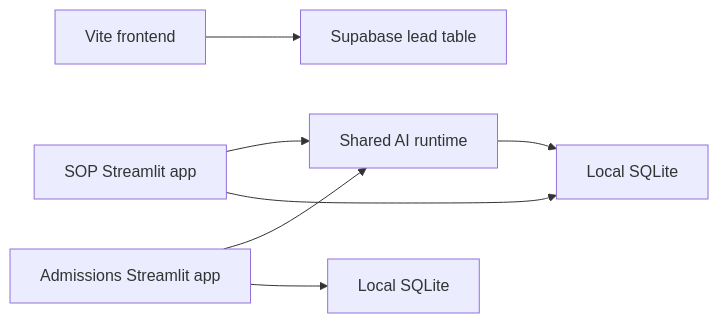
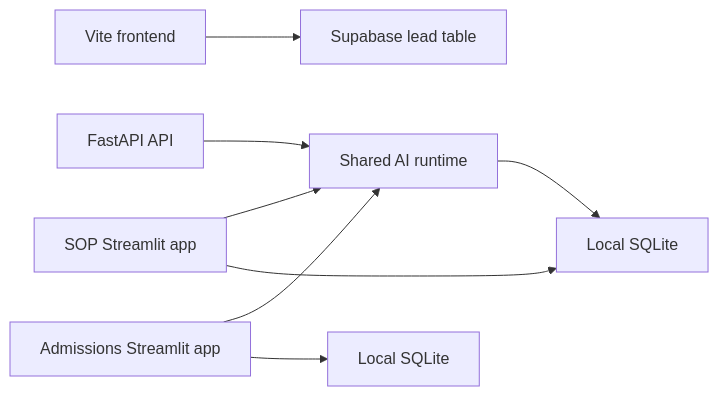
One commit to nitishmalpotra/study_abroad_platform changed the diagram in docs/architecture.md. Above: the diagram before and after it, drawn with Mermaid. The commit also changed other lines of this file and 25 other files, not shown here.

Commit message:
09 Create FastAPI backend app

````diff
--- a/docs/architecture.md
+++ b/docs/architecture.md
@@ -29,9 +30,10 @@
 ```mermaid
 flowchart LR
   A["Vite frontend"] --> B["Supabase lead table"]
+  H["FastAPI API"] --> D["Shared AI runtime"]
   C["SOP Streamlit app"] --> D["Shared AI runtime"]
   D --> E["DeepSeek"]
   C --> E["Local SQLite"]
   F["Admissions Streamlit app"] --> D
   F --> G["Local SQLite"]
 ```
````
